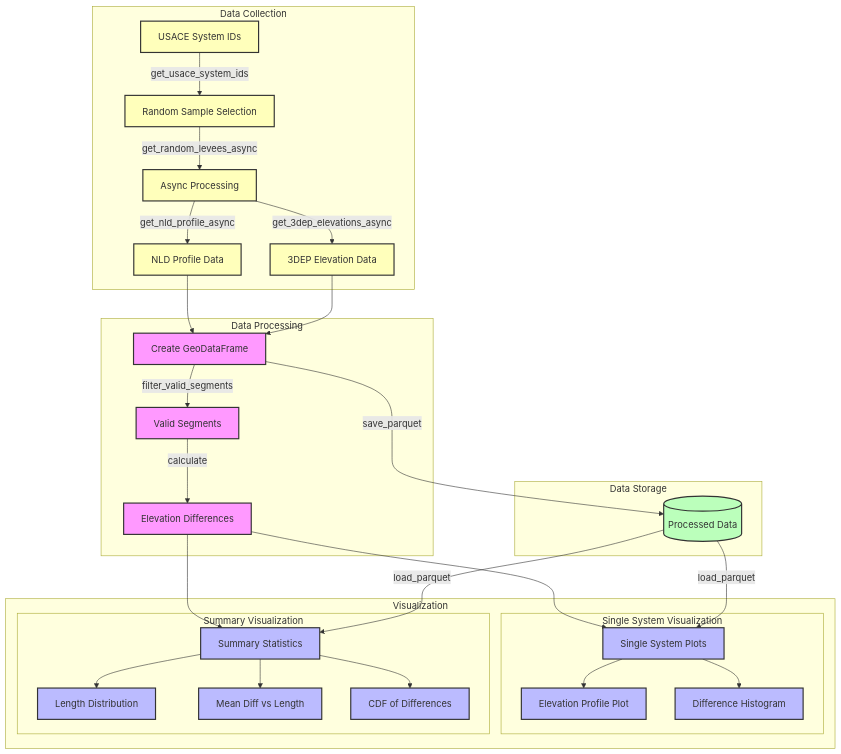
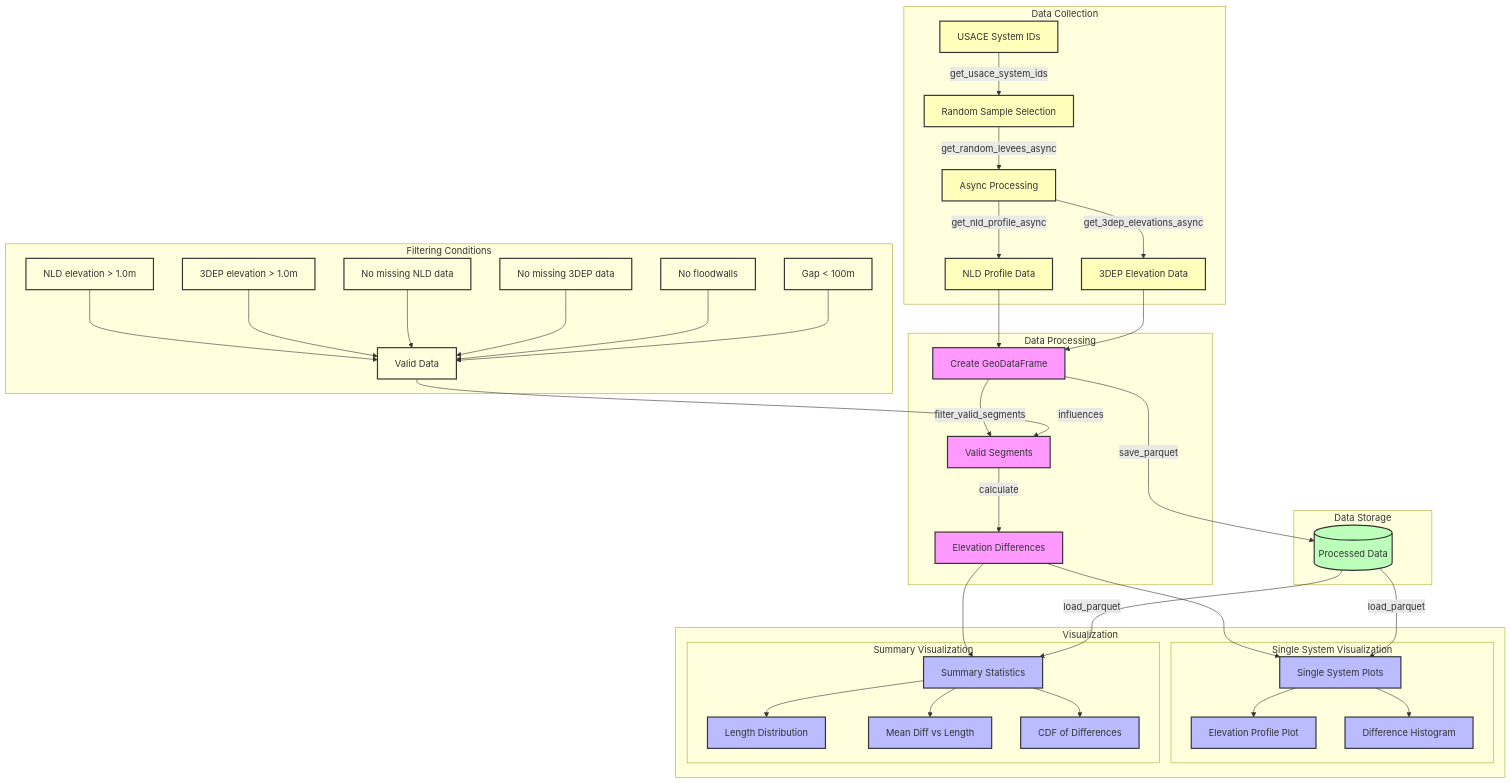
The diagram in README.md (jameshgrn/army_levees), drawn with Mermaid before and after one commit. The commit also changed other lines of this file, not shown here.

Commit message:
docs: update system architecture diagram
- Update mermaid diagram to match actual codebase structure
- Remove non-existent files from diagram
- Add visualization pipeline details pt 5

````diff
--- a/README.md
+++ b/README.md
@@ -14,48 +14,60 @@
 ```mermaid
 graph TD
     subgraph Data Collection
         A[USACE System IDs] -->|get_usace_system_ids| B[Random Sample Selection]
         B -->|get_random_levees_async| C[Async Processing]
         C -->|get_nld_profile_async| D[NLD Profile Data]
         C -->|get_3dep_elevations_async| E[3DEP Elevation Data]
     end
 
     subgraph Data Processing
         D --> F[Create GeoDataFrame]
         E --> F
         F -->|filter_valid_segments| G[Valid Segments]
         G -->|calculate| H[Elevation Differences]
+    end
+
+    subgraph Filtering Conditions
+        V1[NLD elevation > 1.0m] --> V[Valid Data]
+        V2[3DEP elevation > 1.0m] --> V
+        V3[No missing NLD data] --> V
+        V4[No missing 3DEP data] --> V
+        V5[No floodwalls] --> V
+        V6[Gap < 100m] --> V
+        V -->|influences| G
     end
 
     subgraph Visualization
         H --> I[Single System Plots]
         H --> J[Summary Statistics]
 
         subgraph Single System Visualization
             I --> K[Elevation Profile Plot]
             I --> L[Difference Histogram]
         end
 
         subgraph Summary Visualization
             J --> M[Length Distribution]
             J --> N[Mean Diff vs Length]
             J --> O[CDF of Differences]
         end
     end
 
     subgraph Data Storage
         F -->|save_parquet| P[(Processed Data)]
         P -->|load_parquet| I
         P -->|load_parquet| J
     end
 
     classDef processing fill:#f9f,stroke:#333,stroke-width:2px
     classDef visualization fill:#bbf,stroke:#333,stroke-width:2px
     classDef storage fill:#bfb,stroke:#333,stroke-width:2px
     classDef collection fill:#ffb,stroke:#333,stroke-width:2px
+    classDef filtering fill:#ffd,stroke:#333,stroke-width:2px
 
     class A,B,C,D,E collection
     class F,G,H processing
     class I,J,K,L,M,N,O visualization
     class P storage
+    class V1,V2,V3,V4,V5,V6,V filtering
 ```
````
